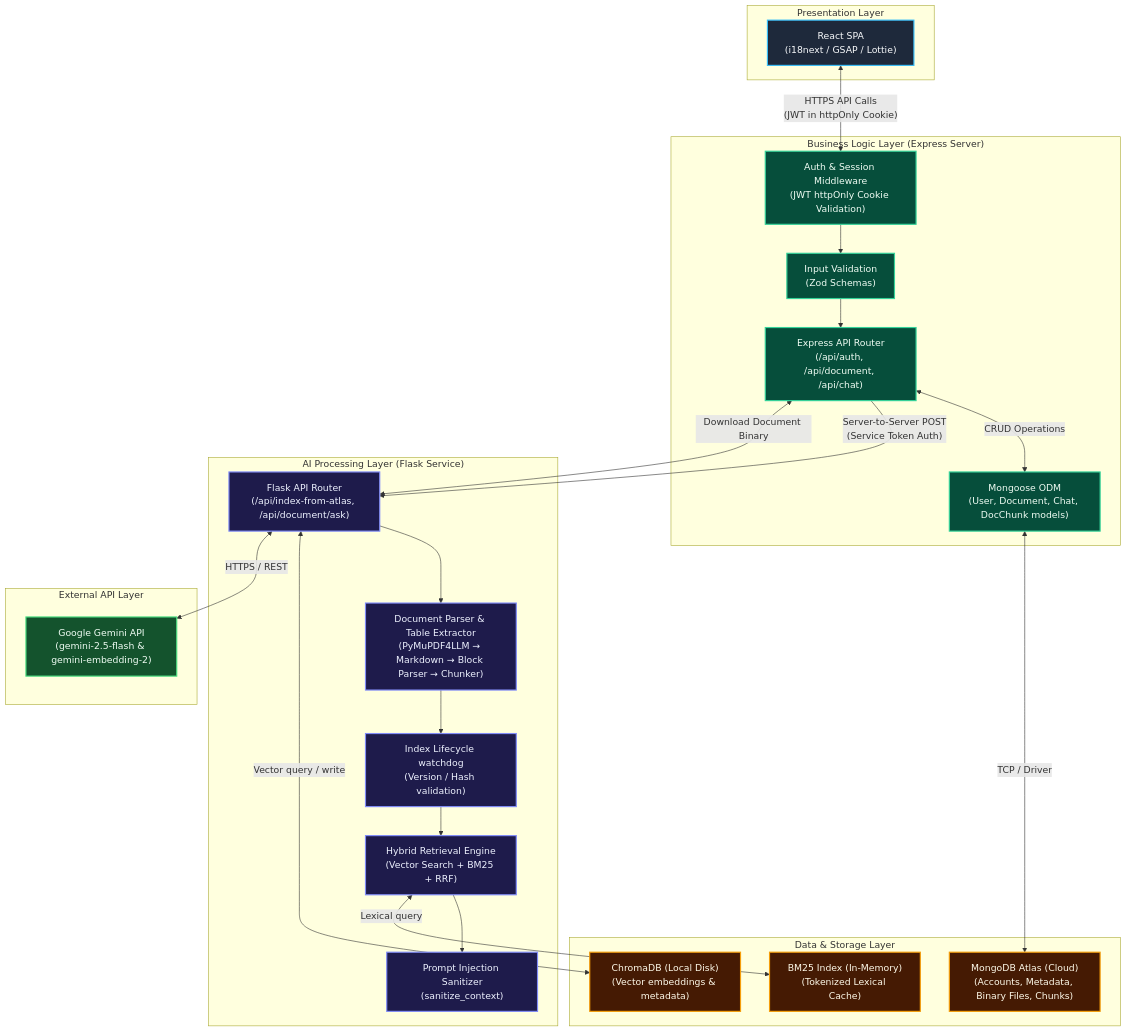
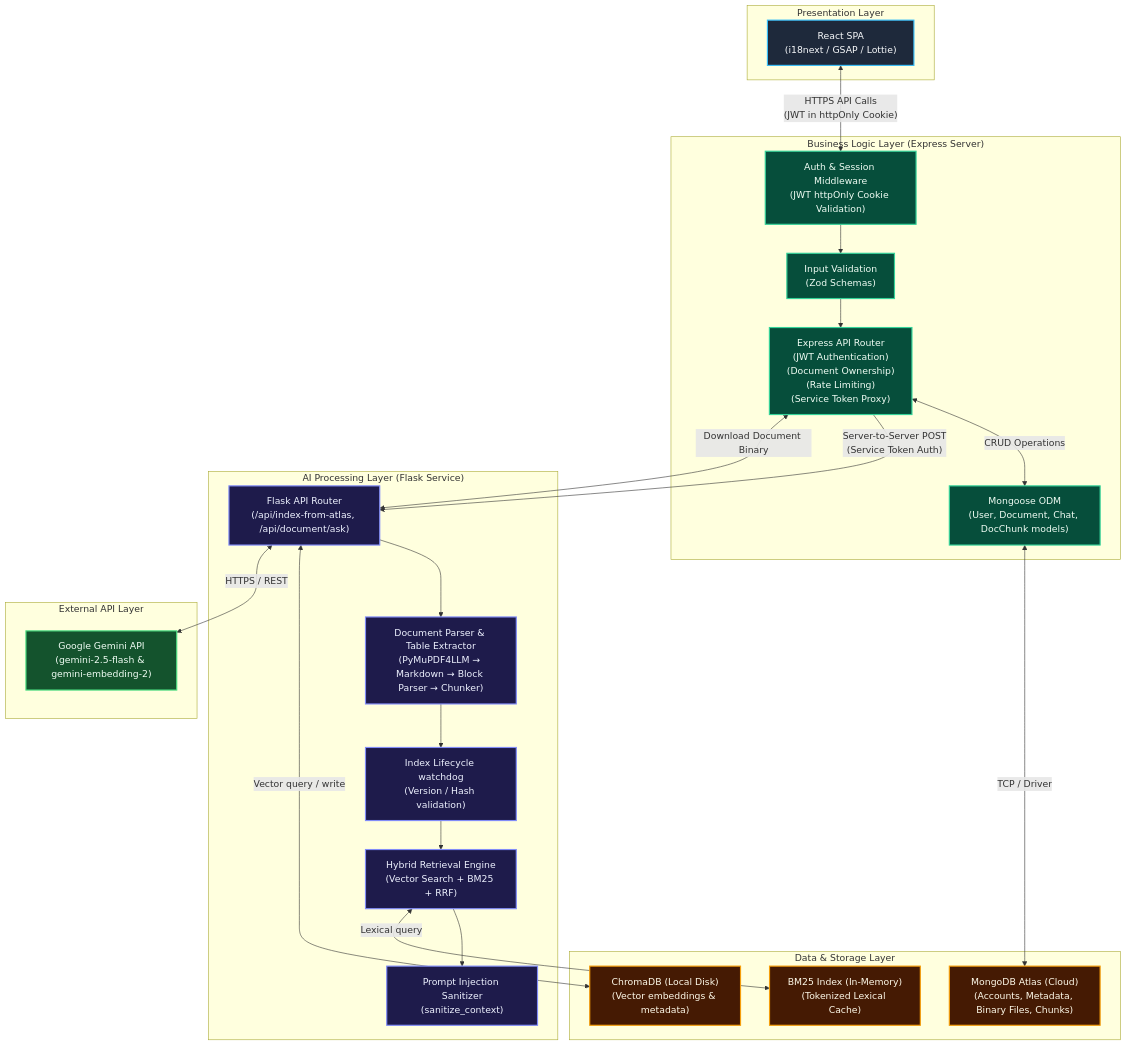
One commit to Dr-Venom29/SmartDocQ changed the second of 2 diagrams in README.md. Above: the diagram before and after it, drawn with Mermaid. The commit also changed other lines of this file and 14 other files, not shown here.

````diff
--- a/README.md
+++ b/README.md
@@ -117,65 +118,65 @@
 ```mermaid
 graph TD
     %% Styles
     classDef client fill:#1E293B,stroke:#38BDF8,stroke-width:2px,color:#F8FAFC;
     classDef business fill:#064E3B,stroke:#34D399,stroke-width:2px,color:#F0FDF4;
     classDef aiservice fill:#1E1B4B,stroke:#818CF8,stroke-width:2px,color:#EEF2FF;
     classDef storage fill:#451A03,stroke:#F59E0B,stroke-width:2px,color:#FFFBEB;
     classDef external fill:#14532D,stroke:#4ADE80,stroke-width:2px,color:#F0FDF4;
 
     %% Client Layer
     subgraph Client_Layer ["Presentation Layer"]
         ReactSPA["React SPA<br/>(i18next / GSAP / Lottie)"]:::client
     end
 
     %% Business Logic Layer
     subgraph Middleware_Layer ["Business Logic Layer (Express Server)"]
-        ExpressRouter["Express API Router<br/>(/api/auth, /api/document, /api/chat)"]:::business
+        ExpressRouter["Express API Router<br/>(JWT Authentication)<br/>(Document Ownership)<br/>(Rate Limiting)<br/>(Service Token Proxy)"]:::business
         AuthGuard["Auth & Session Middleware<br/>(JWT httpOnly Cookie Validation)"]:::business
         ZodValidator["Input Validation<br/>(Zod Schemas)"]:::business
         MongooseDB["Mongoose ODM<br/>(User, Document, Chat, DocChunk models)"]:::business
     end
 
     %% AI Processing Layer
     subgraph AI_Layer ["AI Processing Layer (Flask Service)"]
         FlaskApp["Flask API Router<br/>(/api/index-from-atlas, /api/document/ask)"]:::aiservice
         Parser["Document Parser & Table Extractor<br/>(PyMuPDF4LLM → Markdown → Block Parser → Chunker)"]:::aiservice
         VersionManager["Index Lifecycle watchdog<br/>(Version / Hash validation)"]:::aiservice
         RetrievalPipeline["Hybrid Retrieval Engine<br/>(Vector Search + BM25 + RRF)"]:::aiservice
         Sanitizer["Prompt Injection Sanitizer<br/>(sanitize_context)"]:::aiservice
     end
 
     %% Storage Layer
     subgraph Storage_Layer ["Data & Storage Layer"]
         MongoDB["MongoDB Atlas (Cloud)<br/>(Accounts, Metadata, Binary Files, Chunks)"]:::storage
         ChromaDB["ChromaDB (Local Disk)<br/>(Vector embeddings & metadata)"]:::storage
         BM25Cache["BM25 Index (In-Memory)<br/>(Tokenized Lexical Cache)"]:::storage
     end
 
     %% External
     subgraph External_APIs ["External API Layer"]
         GeminiAPI["Google Gemini API<br/>(gemini-2.5-flash & gemini-embedding-2)"]:::external
     end
 
     %% Flow/Connections
     ReactSPA <-->|"HTTPS API Calls<br/>(JWT in httpOnly Cookie)"| AuthGuard
     AuthGuard --> ZodValidator
     ZodValidator --> ExpressRouter
     
     ExpressRouter <-->|"CRUD Operations"| MongooseDB
     MongooseDB <-->|"TCP / Driver"| MongoDB
     
     ExpressRouter -->|"Server-to-Server POST<br/>(Service Token Auth)"| FlaskApp
     
     FlaskApp --> Parser
     Parser --> VersionManager
     VersionManager --> RetrievalPipeline
     RetrievalPipeline --> Sanitizer
     
     FlaskApp <-->|"Download Document Binary"| ExpressRouter
     
     FlaskApp <-->|"Vector query / write"| ChromaDB
     RetrievalPipeline <-->|"Lexical query"| BM25Cache
     
     FlaskApp <-->|"HTTPS / REST"| GeminiAPI
 ```
````
